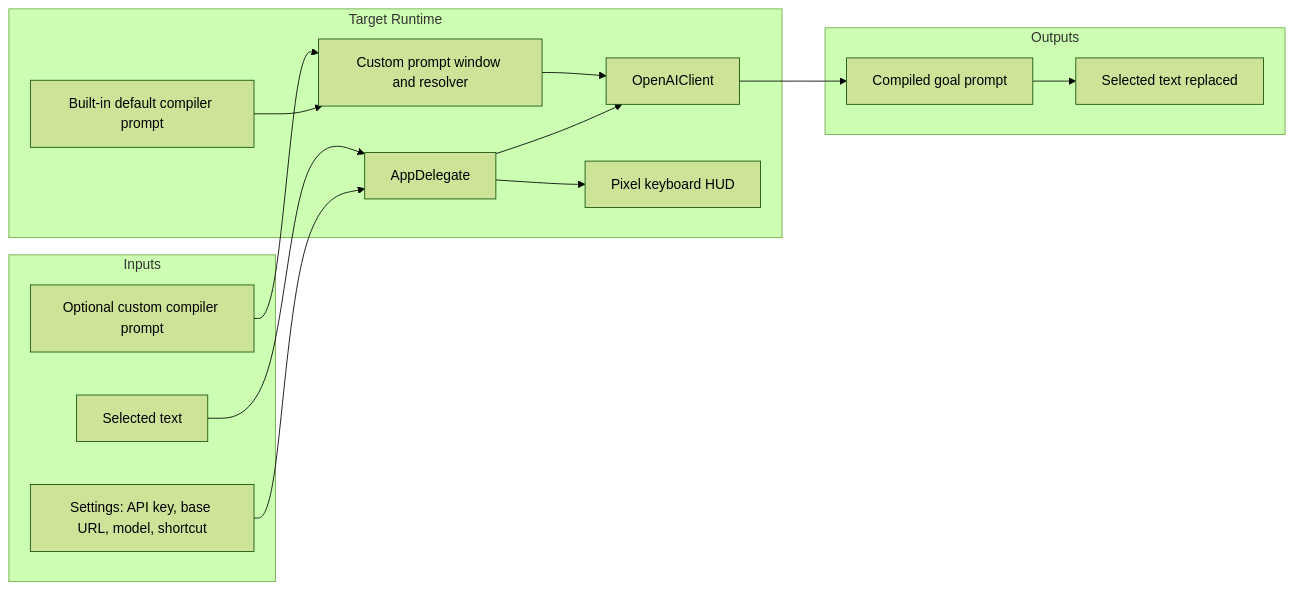
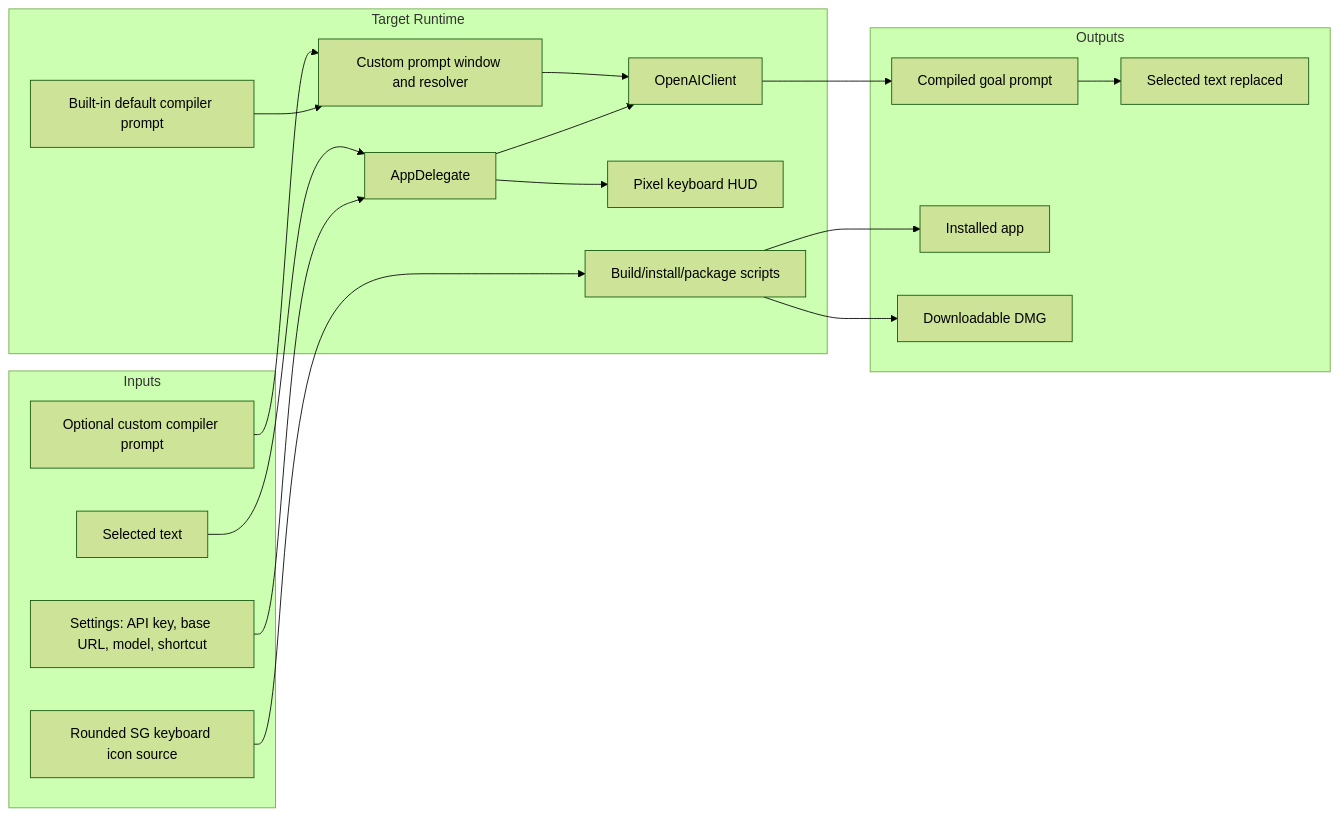
One commit to fightheyyy/SuperGoal changed the second of 2 diagrams in plugin/supergoal.app-src/SPEC.md. Above: the diagram before and after it, drawn with Mermaid (forest theme). The commit also changed other lines of this file and 15 other files, not shown here.

Commit message:
Polish icons and package SuperGoal as DMG

````diff
--- a/plugin/supergoal.app-src/SPEC.md
+++ b/plugin/supergoal.app-src/SPEC.md
@@ -46,31 +53,38 @@
 ```mermaid
 flowchart LR
     subgraph Inputs["Inputs"]
         A["Selected text"]
         B["Settings: API key, base URL, model, shortcut"]
         I["Optional custom compiler prompt"]
+        K["Rounded SG keyboard icon source"]
     end
 
     subgraph Runtime["Target Runtime"]
         C["AppDelegate"]
         J["Custom prompt window and resolver"]
         D["OpenAIClient"]
         E["Built-in default compiler prompt"]
         F["Pixel keyboard HUD"]
+        L["Build/install/package scripts"]
     end
 
     subgraph Outputs["Outputs"]
         G["Compiled goal prompt"]
         H["Selected text replaced"]
+        M["Installed app"]
+        N["Downloadable DMG"]
     end
 
     A --> C
     B --> C
     I --> J
+    K --> L
     E --> J
     J --> D
     C --> F
     C --> D
     D --> G
     G --> H
+    L --> M
+    L --> N
 ```
````
